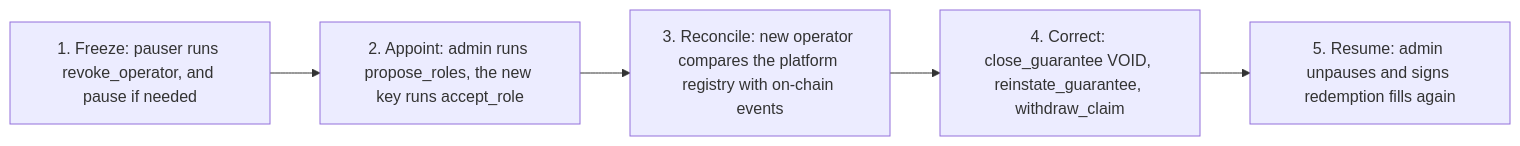
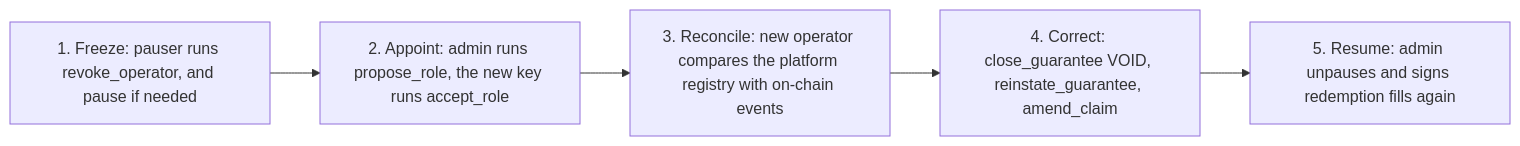
Before and after one commit to mutav-finance/mutav-protocol-solana: the diagram in docs/architecture/roles-and-trust.md, drawn with Mermaid. The commit also changed other lines of this file and 41 other files, not shown here.

````diff
--- a/docs/architecture/roles-and-trust.md
+++ b/docs/architecture/roles-and-trust.md
@@ -118,7 +119,7 @@
 ```mermaid
 flowchart LR
-  A["1. Freeze: pauser runs revoke_operator, and pause if needed"] --> B["2. Appoint: admin runs propose_roles, the new key runs accept_role"]
+  A["1. Freeze: pauser runs revoke_operator, and pause if needed"] --> B["2. Appoint: admin runs propose_role, the new key runs accept_role"]
   B --> C["3. Reconcile: new operator compares the platform registry with on-chain events"]
-  C --> D["4. Correct: close_guarantee VOID, reinstate_guarantee, withdraw_claim"]
+  C --> D["4. Correct: close_guarantee VOID, reinstate_guarantee, amend_claim"]
   D --> E["5. Resume: admin unpauses and signs redemption fills again"]
 ```
````
